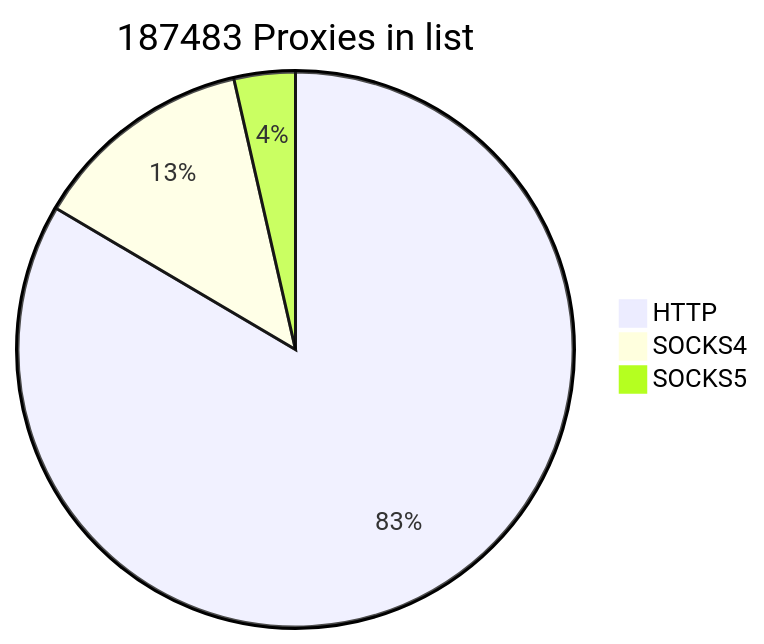
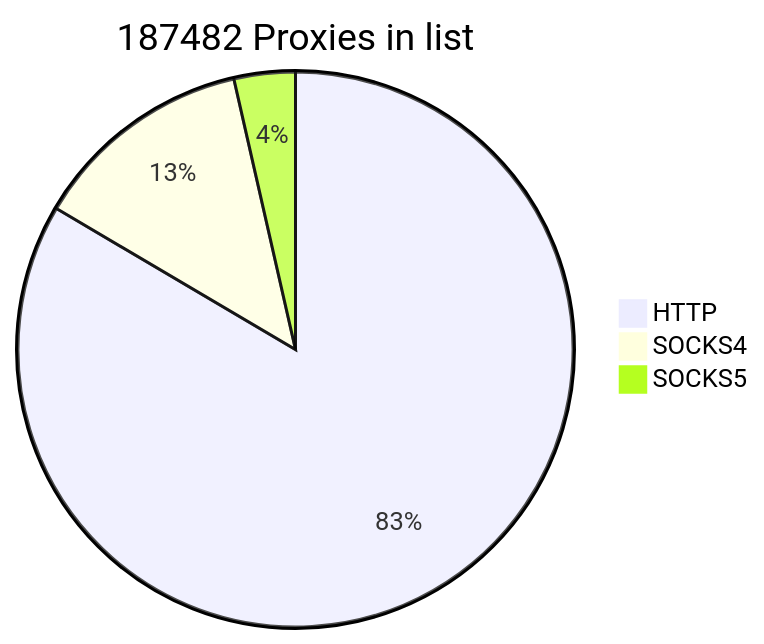
One commit to cutipu/proxylist changed the first of 2 diagrams in README.md. Above: the diagram before and after it, drawn with Mermaid. The commit also changed other lines of this file, not shown here.

````diff
--- a/README.md
+++ b/README.md
@@ -2,7 +2,7 @@
 ```mermaid
-pie title 187483 Proxies in list
+pie title 187482 Proxies in list
     "HTTP" : 156515
-    "SOCKS4" : 24284
+    "SOCKS4" : 24283
     "SOCKS5" : 6684
             
 ```
````
